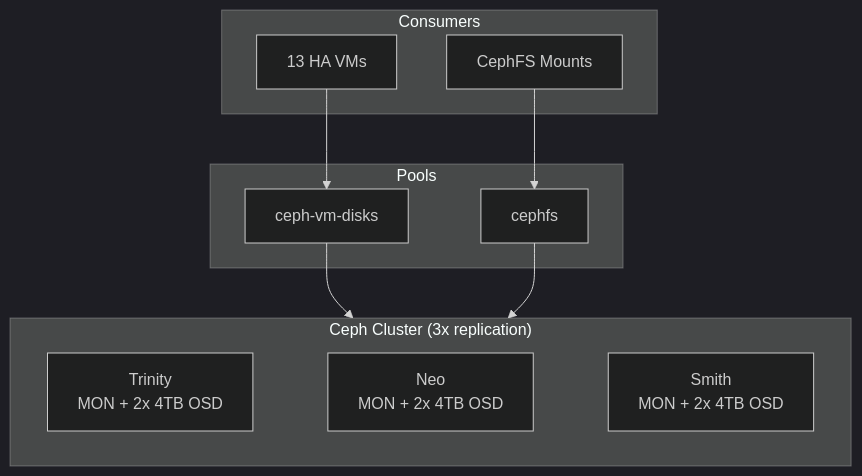
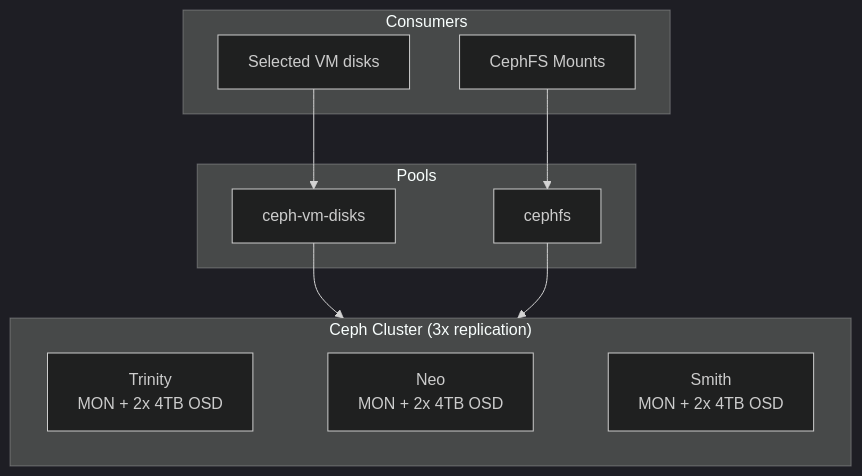
One commit to shedrachokonofua/aether changed the first of 2 diagrams in docs/storage.md. Above: the diagram before and after it, drawn with Mermaid (dark theme). The commit also changed other lines of this file and 72 other files, not shown here.

````diff
--- a/docs/storage.md
+++ b/docs/storage.md
@@ -9,21 +9,21 @@
 ```mermaid
 flowchart TB
     subgraph Consumers
-        HAVMs[13 HA VMs]
+        HAVMs[Selected VM disks]
         CephFSMounts[CephFS Mounts]
     end
 
     subgraph Pools
         RBD[ceph-vm-disks]
         FS[cephfs]
     end
 
     subgraph Cluster["Ceph Cluster (3x replication)"]
         Trinity[Trinity<br/>MON + 2x 4TB OSD] ~~~ Neo[Neo<br/>MON + 2x 4TB OSD] ~~~ Smith[Smith<br/>MON + 2x 4TB OSD]
     end
 
     HAVMs --> RBD
     CephFSMounts --> FS
     RBD --> Cluster
     FS --> Cluster
 ```
````
